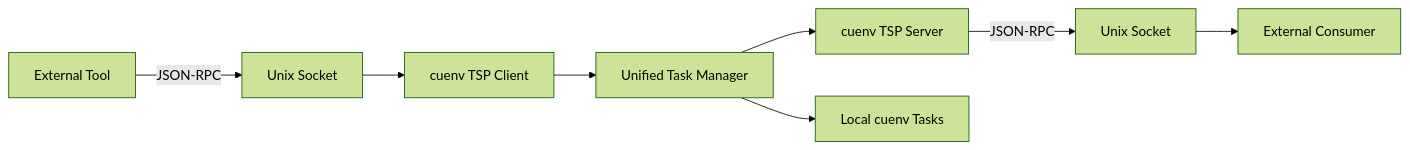
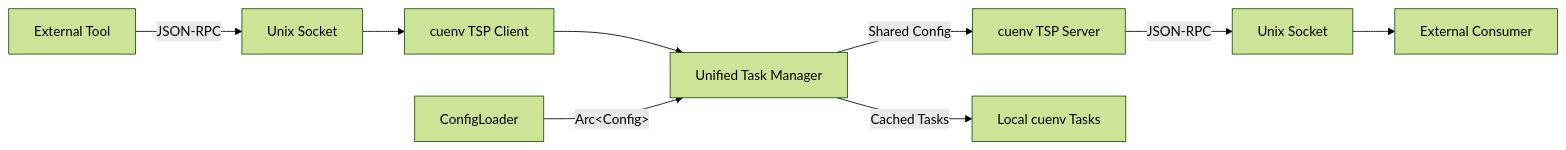
Before and after one commit to rawkode/cuenv: the diagram in website/src/content/docs/integrations/task-server-protocol.md, drawn with Mermaid (forest theme). The commit also changed other lines of this file and 6 other files, not shown here.

First line of the commit message:
docs: update website documentation for centralized config architecture

````diff
--- a/website/src/content/docs/integrations/task-server-protocol.md
+++ b/website/src/content/docs/integrations/task-server-protocol.md
@@ -21,12 +22,13 @@
 ```mermaid
 graph LR
     A[External Tool] -->|JSON-RPC| B[Unix Socket]
     B --> C[cuenv TSP Client]
     C --> D[Unified Task Manager]
-
-    D --> E[cuenv TSP Server]
+    
+    ConfigLoader[ConfigLoader] -->|Arc&lt;Config&gt;| D
+    D -->|Shared Config| E[cuenv TSP Server]
     E -->|JSON-RPC| F[Unix Socket]
     F --> G[External Consumer]
 
-    D --> H[Local cuenv Tasks]
+    D -->|Cached Tasks| H[Local cuenv Tasks]
 ```
````
